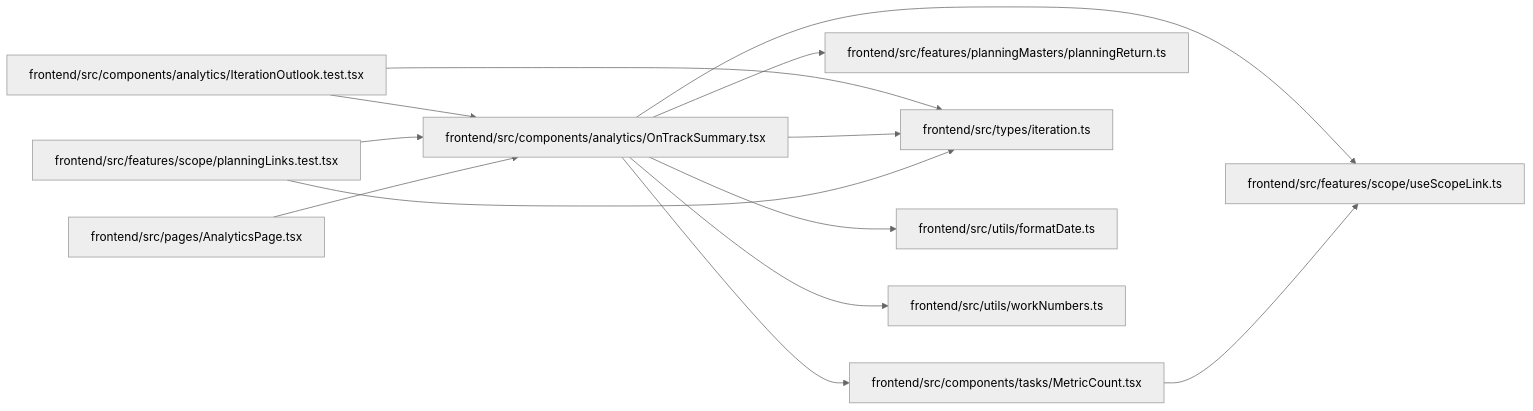
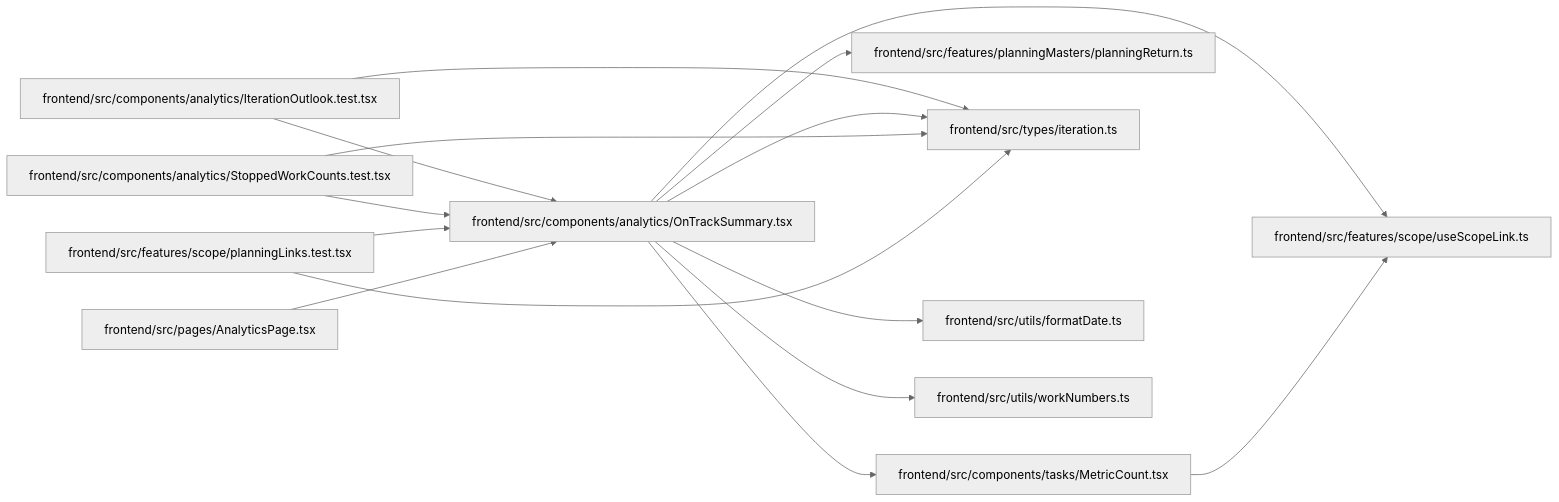
The diagram in docs/llm_wiki/modules/OnTrackSummary.md (Denissvgn/WorkChord), drawn with Mermaid (neutral theme) before and after one commit. The commit also changed other lines of this file and 674 other files, not shown here.

Commit message:
Sync the architectural wiki for showing stopped work

````diff
--- a/docs/llm_wiki/modules/OnTrackSummary.md
+++ b/docs/llm_wiki/modules/OnTrackSummary.md
@@ -33,35 +33,39 @@
 ```mermaid
 flowchart LR
     n0["frontend/src/components/analytics/IterationOutlook.test.tsx"]
     n1["frontend/src/components/analytics/OnTrackSummary.tsx"]
-    n2["frontend/src/components/tasks/MetricCount.tsx"]
-    n3["frontend/src/features/planningMasters/planningReturn.ts"]
-    n4["frontend/src/features/scope/planningLinks.test.tsx"]
-    n5["frontend/src/features/scope/useScopeLink.ts"]
-    n6["frontend/src/pages/AnalyticsPage.tsx"]
-    n7["frontend/src/types/iteration.ts"]
-    n8["frontend/src/utils/formatDate.ts"]
-    n9["frontend/src/utils/workNumbers.ts"]
+    n2["frontend/src/components/analytics/StoppedWorkCounts.test.tsx"]
+    n3["frontend/src/components/tasks/MetricCount.tsx"]
+    n4["frontend/src/features/planningMasters/planningReturn.ts"]
+    n5["frontend/src/features/scope/planningLinks.test.tsx"]
+    n6["frontend/src/features/scope/useScopeLink.ts"]
+    n7["frontend/src/pages/AnalyticsPage.tsx"]
+    n8["frontend/src/types/iteration.ts"]
+    n9["frontend/src/utils/formatDate.ts"]
+    n10["frontend/src/utils/workNumbers.ts"]
     n0 --> n1
-    n0 --> n7
-    n1 --> n2
+    n0 --> n8
     n1 --> n3
-    n1 --> n5
-    n1 --> n7
+    n1 --> n4
+    n1 --> n6
     n1 --> n8
     n1 --> n9
-    n2 --> n5
-    n4 --> n1
-    n4 --> n7
-    n6 --> n1
+    n1 --> n10
+    n2 --> n1
+    n2 --> n8
+    n3 --> n6
+    n5 --> n1
+    n5 --> n8
+    n7 --> n1
     click n0 "../modules/IterationOutlook.test.md"
     click n1 "../modules/OnTrackSummary.md"
-    click n2 "../modules/MetricCount.md"
-    click n3 "../modules/planningReturn.md"
-    click n4 "../modules/planningLinks.test.md"
-    click n5 "../modules/useScopeLink.md"
-    click n6 "../modules/AnalyticsPage.md"
-    click n7 "../modules/types_iteration.md"
-    click n8 "../modules/formatDate.md"
-    click n9 "../modules/workNumbers.md"
+    click n2 "../modules/StoppedWorkCounts.test.md"
+    click n3 "../modules/MetricCount.md"
+    click n4 "../modules/planningReturn.md"
+    click n5 "../modules/planningLinks.test.md"
+    click n6 "../modules/useScopeLink.md"
+    click n7 "../modules/AnalyticsPage.md"
+    click n8 "../modules/types_iteration.md"
+    click n9 "../modules/formatDate.md"
+    click n10 "../modules/workNumbers.md"
 ```
````
